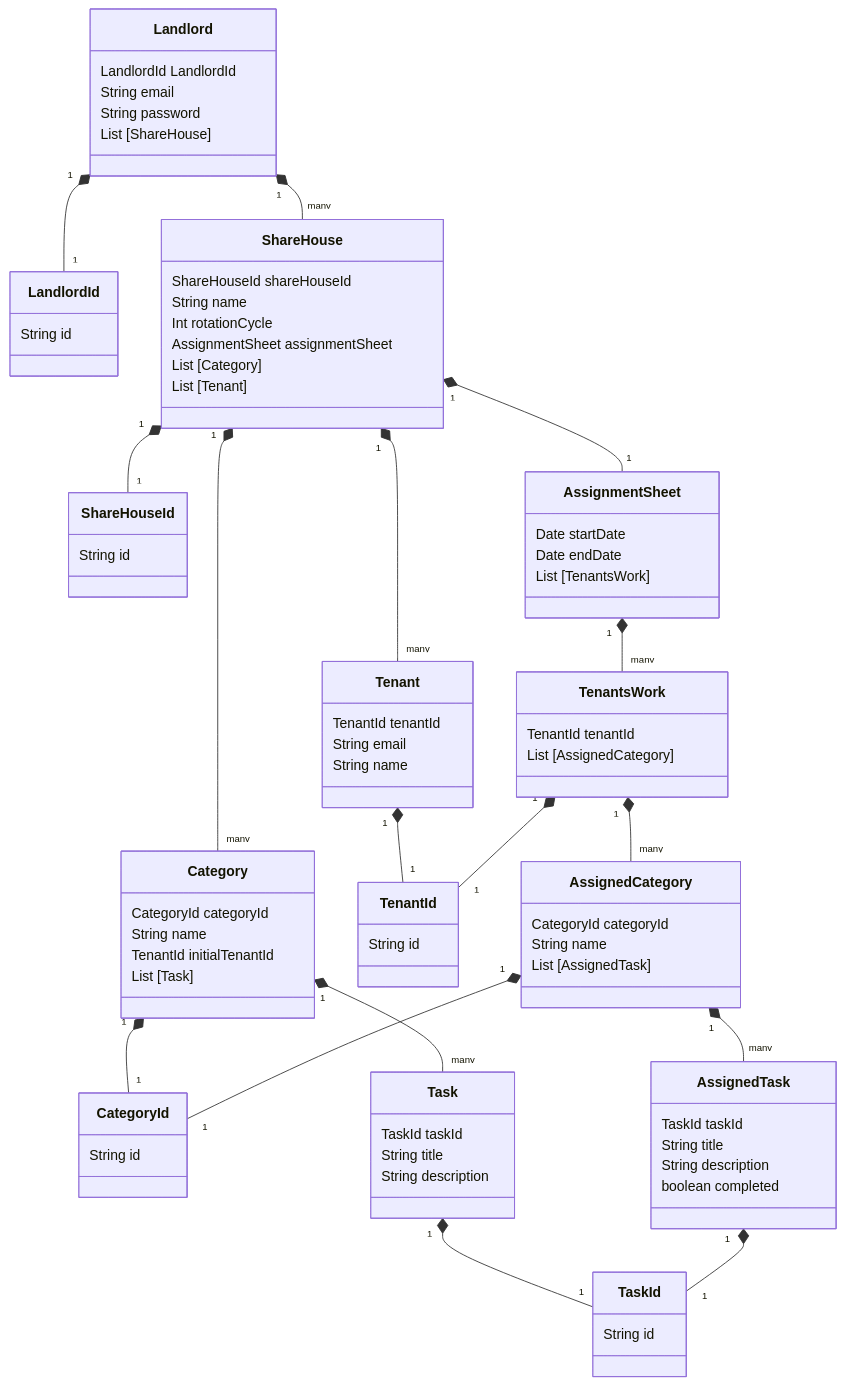
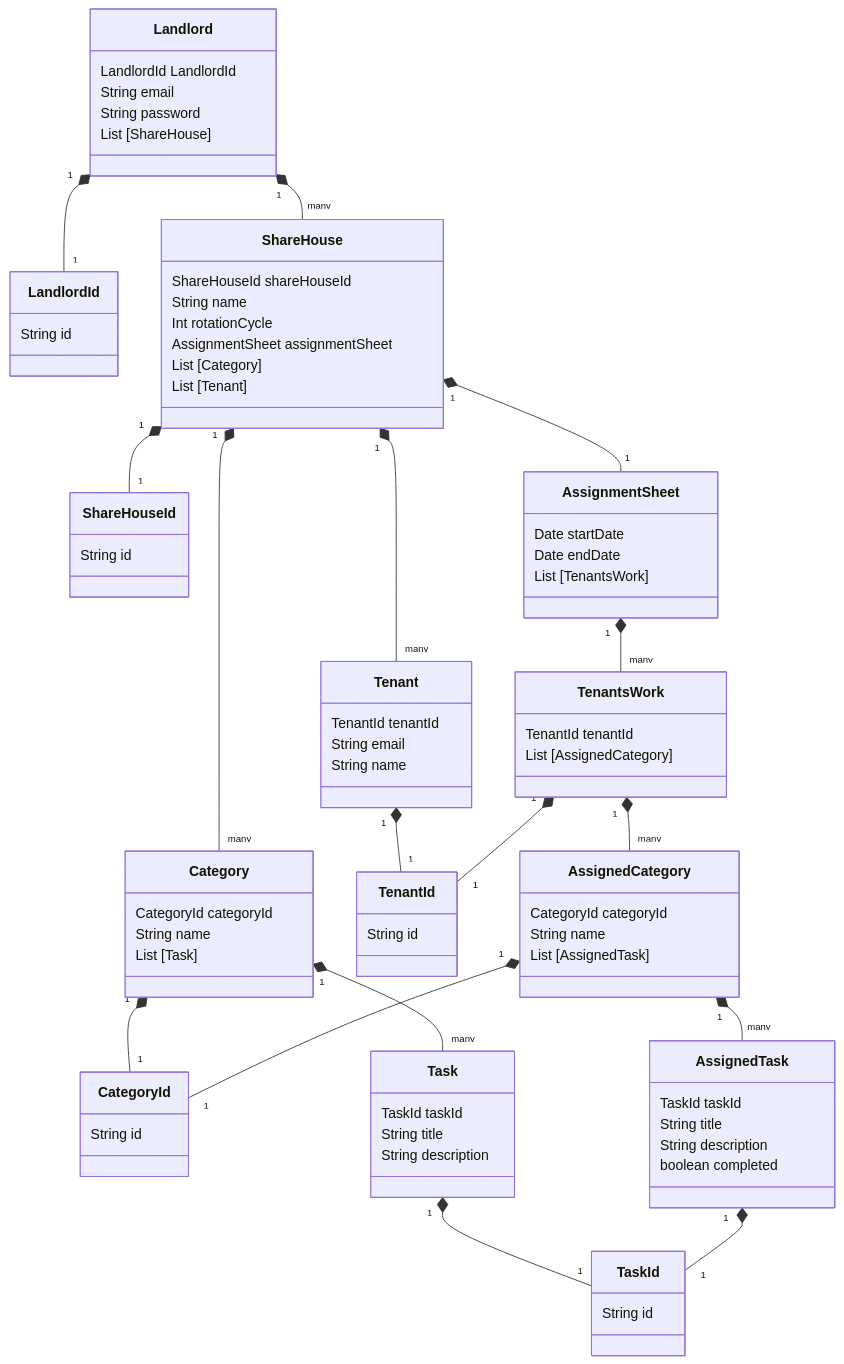
Before and after one commit to Tascurator/tascurator-documents: the diagram in docs/docs/modeling.md, drawn with Mermaid. The commit also changed other lines of this file, not shown here.

```diff
--- a/docs/docs/modeling.md
+++ b/docs/docs/modeling.md
@@ -35,7 +35,6 @@
     class Category {
         CategoryId categoryId
         String name
-        TenantId initialTenantId
         List [Task]
     }
 
```
